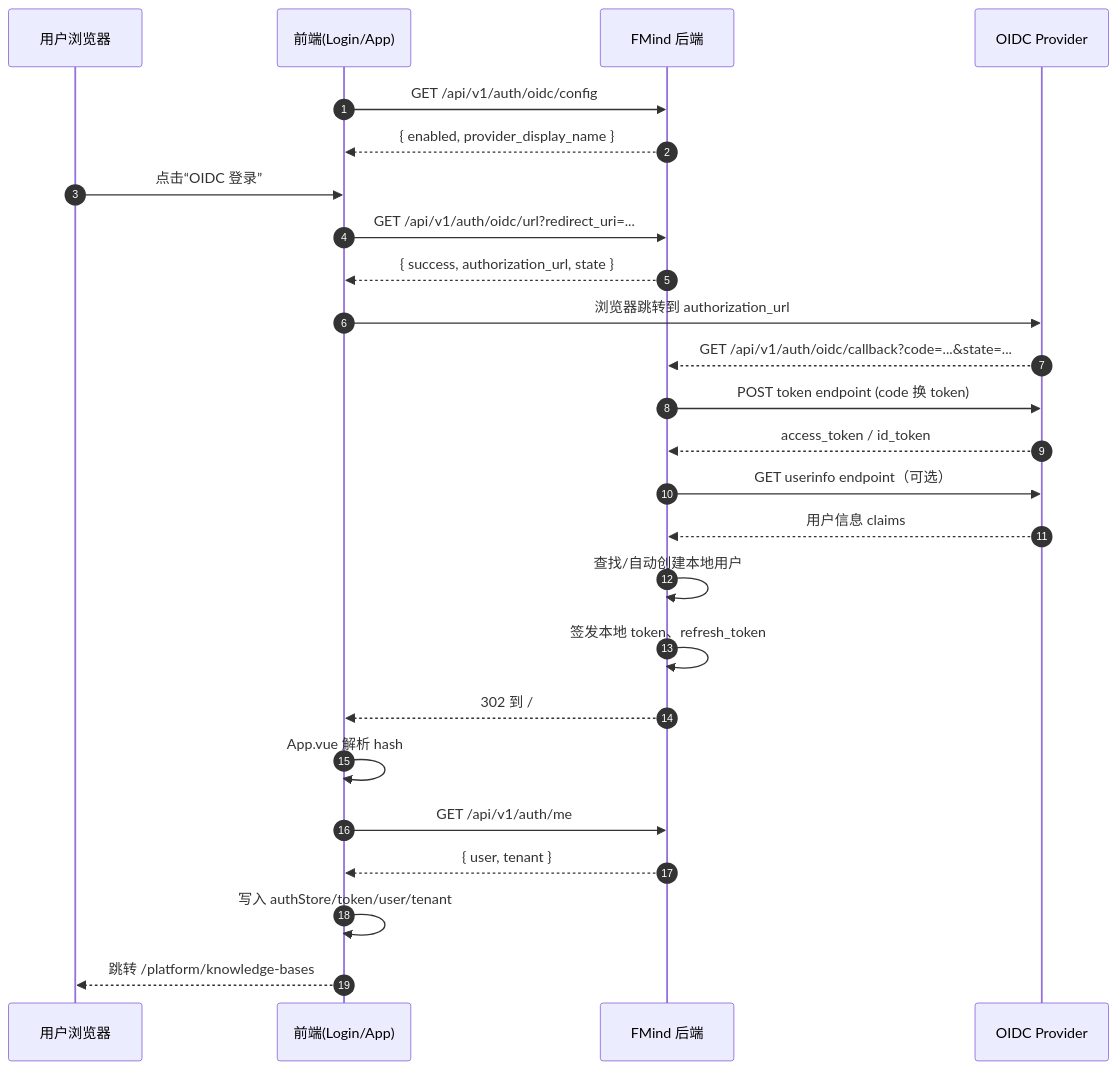
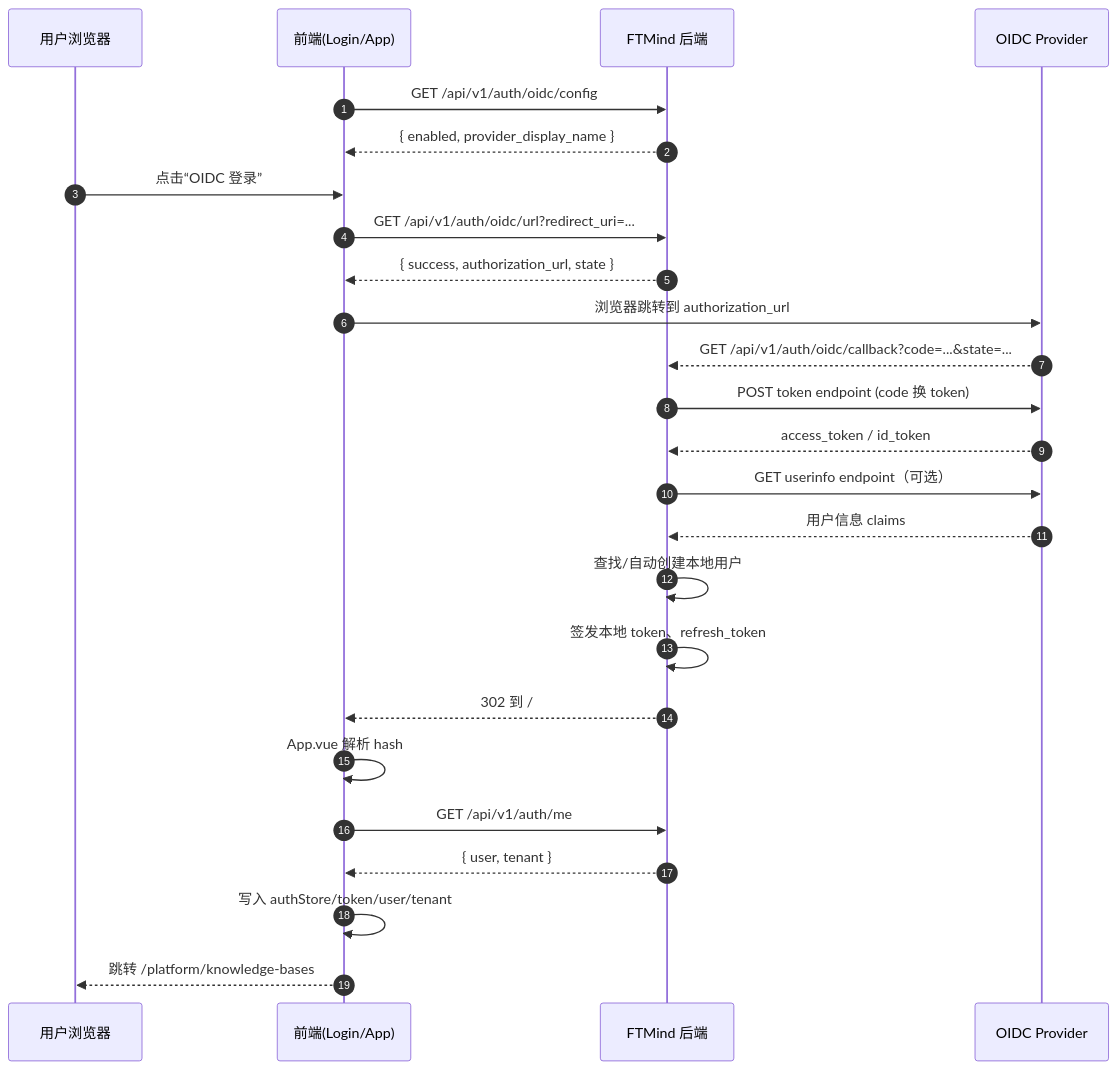
Before and after one commit to justaboyhai-wq/FTMind: the first of 2 diagrams in docs/OIDC认证调用流程.md, drawn with Mermaid. The commit also changed other lines of this file and 355 other files, not shown here.

First line of the commit message:
feat: global rebrand from FMind to FTMind with backward compatibility

````diff
--- a/docs/OIDC认证调用流程.md
+++ b/docs/OIDC认证调用流程.md
@@ -69,32 +69,32 @@
 ```mermaid
 sequenceDiagram
     autonumber
     participant U as 用户浏览器
     participant FE as 前端(Login/App)
-    participant BE as FMind 后端
+    participant BE as FTMind 后端
     participant OP as OIDC Provider
 
     FE->>BE: GET /api/v1/auth/oidc/config
     BE-->>FE: { enabled, provider_display_name }
 
     U->>FE: 点击“OIDC 登录”
     FE->>BE: GET /api/v1/auth/oidc/url?redirect_uri=...
     BE-->>FE: { success, authorization_url, state }
     FE->>OP: 浏览器跳转到 authorization_url
 
     OP-->>BE: GET /api/v1/auth/oidc/callback?code=...&state=...
     BE->>OP: POST token endpoint (code 换 token)
     OP-->>BE: access_token / id_token
     BE->>OP: GET userinfo endpoint（可选）
     OP-->>BE: 用户信息 claims
 
     BE->>BE: 查找/自动创建本地用户
     BE->>BE: 签发本地 token、refresh_token
     BE-->>FE: 302 到 /#oidc_result=...
 
     FE->>FE: App.vue 解析 hash
     FE->>BE: GET /api/v1/auth/me
     BE-->>FE: { user, tenant }
     FE->>FE: 写入 authStore/token/user/tenant
     FE-->>U: 跳转 /platform/knowledge-bases
 ```
````
